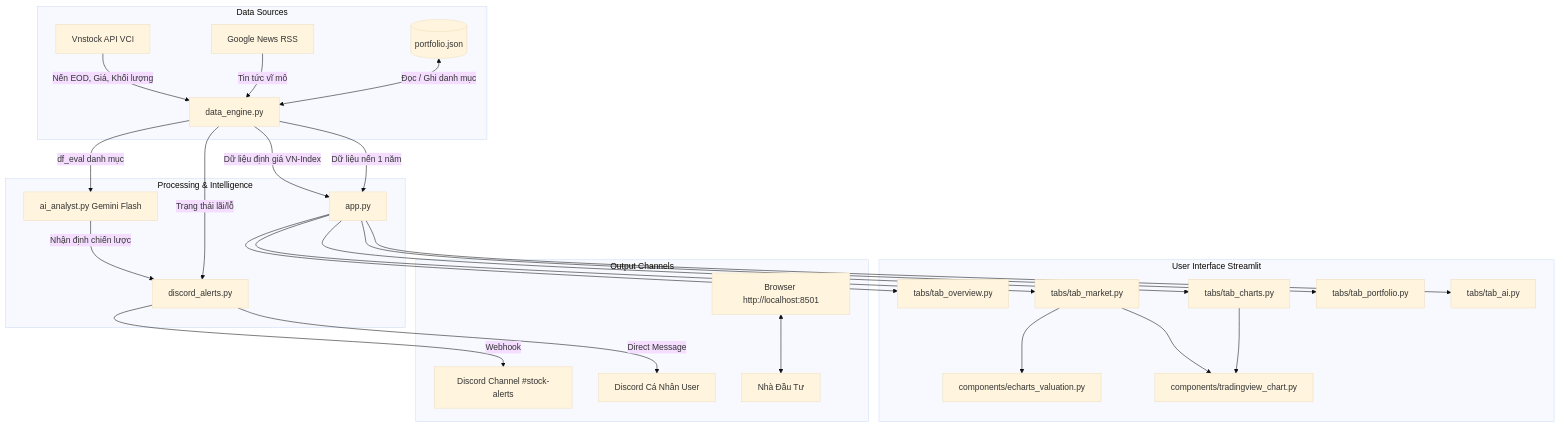
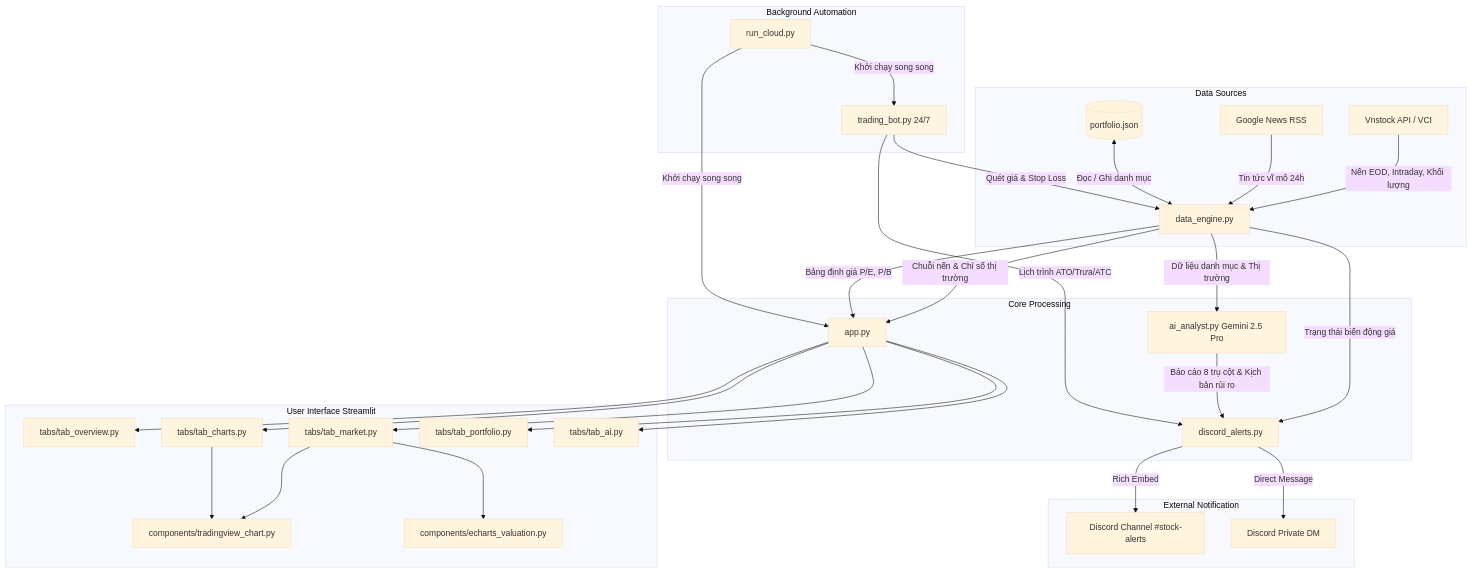
The diagram in PROJECT_STRUCTURE.md (VinhTung1410/Stock-AI), drawn with Mermaid (base theme) before and after one commit. The commit also changed other lines of this file and 25 other files, not shown here.

Commit message:
feat: complete professional UI redesign, two-way Google Sheets sync, and AI trading bot enhancements

````diff
--- a/PROJECT_STRUCTURE.md
+++ b/PROJECT_STRUCTURE.md
@@ -71,34 +99,40 @@
 ```mermaid
 flowchart TD
     subgraph Data Sources
-        Vnstock[Vnstock API VCI] -->|Nến EOD, Giá, Khối lượng| DataEngine[data_engine.py]
-        GoogleNews[Google News RSS] -->|Tin tức vĩ mô| DataEngine
+        Vnstock[Vnstock API / VCI] -->|Nến EOD, Intraday, Khối lượng| DataEngine[data_engine.py]
+        GoogleNews[Google News RSS] -->|Tin tức vĩ mô 24h| DataEngine
         PortfolioJSON[(portfolio.json)] <-->|Đọc / Ghi danh mục| DataEngine
     end
 
-    subgraph Processing & Intelligence
-        DataEngine -->|df_eval danh mục| AIAnalyst[ai_analyst.py Gemini Flash]
-        DataEngine -->|Dữ liệu định giá VN-Index| AppCore[app.py]
-        DataEngine -->|Dữ liệu nến 1 năm| AppCore
-        AIAnalyst -->|Nhận định chiến lược| DiscordAlerts[discord_alerts.py]
-        DataEngine -->|Trạng thái lãi/lỗ| DiscordAlerts
+    subgraph Core Processing
+        DataEngine -->|Chuỗi nến & Chỉ số thị trường| AppCore[app.py]
+        DataEngine -->|Bảng định giá P/E, P/B| AppCore
+        DataEngine -->|Dữ liệu danh mục & Thị trường| AIAnalyst[ai_analyst.py Gemini 2.5 Pro]
+        DataEngine -->|Trạng thái biến động giá| DiscordAlerts[discord_alerts.py]
+        AIAnalyst -->|Báo cáo 8 trụ cột & Kịch bản rủi ro| DiscordAlerts
     end
 
     subgraph User Interface Streamlit
         AppCore --> Tab1[tabs/tab_overview.py]
         AppCore --> Tab2[tabs/tab_market.py]
         AppCore --> Tab3[tabs/tab_charts.py]
         AppCore --> Tab4[tabs/tab_portfolio.py]
         AppCore --> Tab5[tabs/tab_ai.py]
         
+        Tab2 --> CompTV[components/tradingview_chart.py]
         Tab2 --> CompECharts[components/echarts_valuation.py]
-        Tab2 --> CompTV[components/tradingview_chart.py]
         Tab3 --> CompTV
     end
 
-    subgraph Output Channels
-        DiscordAlerts -->|Webhook| DiscordChannel[Discord Channel #stock-alerts]
-        DiscordAlerts -->|Direct Message| DiscordDM[Discord Cá Nhân User]
-        StreamlitUI[Browser http://localhost:8501] <--> User[Nhà Đầu Tư]
+    subgraph Background Automation
+        TradingBot[trading_bot.py 24/7] -->|Quét giá & Stop Loss| DataEngine
+        TradingBot -->|Lịch trình ATO/Trưa/ATC| DiscordAlerts
+        RunCloud[run_cloud.py] -->|Khởi chạy song song| TradingBot
+        RunCloud -->|Khởi chạy song song| AppCore
+    end
+
+    subgraph External Notification
+        DiscordAlerts -->|Rich Embed| DiscordChannel[Discord Channel #stock-alerts]
+        DiscordAlerts -->|Direct Message| DiscordDM[Discord Private DM]
     end
 ```
````
